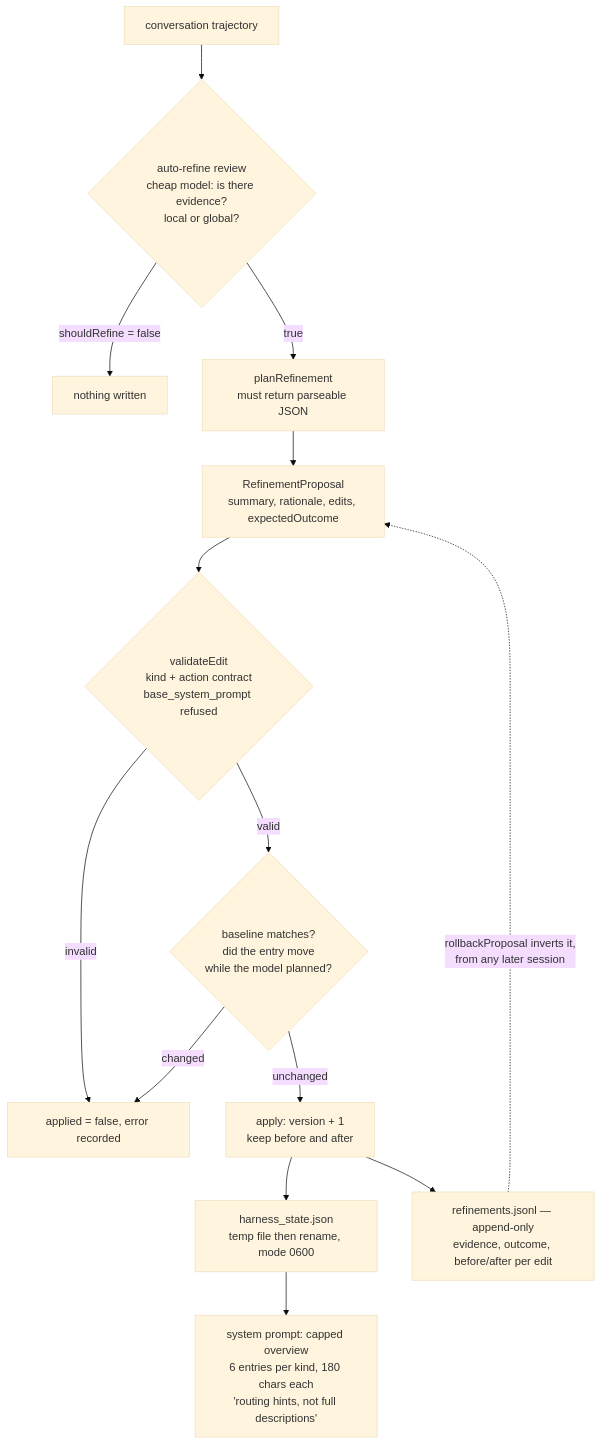
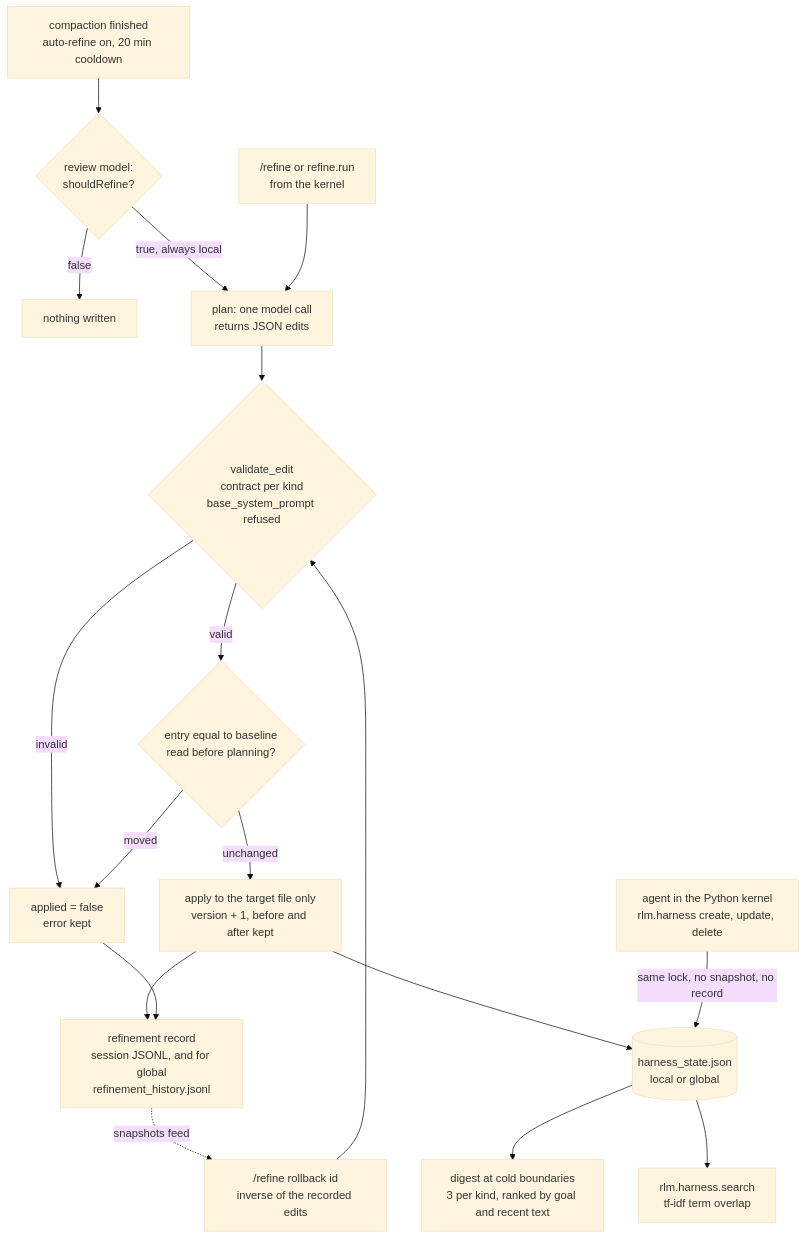
Before and after one commit to neoneye/agent-memory-atlas: the diagram in content/systems/prime-agent.md, drawn with Mermaid (base theme). The commit also changed other lines of this file and 18 other files, not shown here.

First line of the commit message:
Re-read prime-agent at 3bf9659 after the Rust rewrite: three marks kept, negative_eval re-grounded

````diff
--- a/content/systems/prime-agent.md
+++ b/content/systems/prime-agent.md
@@ -98,20 +103,21 @@
 ```mermaid
-%% caption: a proposal is refused when the entry moved while the model was planning, and every applied edit appends before-and-after to a log that a later session can invert
+%% caption: the refinement path refuses, snapshots and records; the kernel path reaches the same file with none of the three
 flowchart TD
-    T["conversation trajectory"] --> RV{"auto-refine review<br/>cheap model: is there evidence?<br/>local or global?"}
-    RV -- "shouldRefine = false" --> STOP["nothing written"]
-    RV -- "true" --> PL["planRefinement<br/>must return parseable JSON"]
-    PL --> PR["RefinementProposal<br/>summary, rationale, edits, expectedOutcome"]
-
-    PR --> V1{"validateEdit<br/>kind + action contract<br/>base_system_prompt refused"}
-    V1 -- "invalid" --> REJ["applied = false, error recorded"]
-    V1 -- "valid" --> V2{"baseline matches?<br/>did the entry move<br/>while the model planned?"}
-    V2 -- "changed" --> REJ
-    V2 -- "unchanged" --> AP["apply: version + 1<br/>keep before and after"]
-
-    AP --> ST["harness_state.json<br/>temp file then rename, mode 0600"]
-    AP --> H["refinements.jsonl — append-only<br/>evidence, outcome, before/after per edit"]
-    H -. "rollbackProposal inverts it,<br/>from any later session" .-> PR
-
-    ST --> INJ["system prompt: capped overview<br/>6 entries per kind, 180 chars each<br/>'routing hints, not full descriptions'"]
+    C["compaction finished<br/>auto-refine on, 20 min cooldown"] --> RV{"review model:<br/>shouldRefine?"}
+    RV -- "false" --> STOP["nothing written"]
+    RV -- "true, always local" --> PL
+    U["/refine or refine.run<br/>from the kernel"] --> PL["plan: one model call<br/>returns JSON edits"]
+    RB["/refine rollback id<br/>inverse of the recorded edits"] --> V
+    PL --> V{"validate_edit<br/>contract per kind<br/>base_system_prompt refused"}
+    V -- "invalid" --> REJ["applied = false<br/>error kept"]
+    V -- "valid" --> B{"entry equal to baseline<br/>read before planning?"}
+    B -- "moved" --> REJ
+    B -- "unchanged" --> AP["apply to the target file only<br/>version + 1, before and after kept"]
+    AP --> ST[("harness_state.json<br/>local or global")]
+    AP --> H["refinement record<br/>session JSONL, and for global<br/>refinement_history.jsonl"]
+    REJ --> H
+    H -. "snapshots feed" .-> RB
+    K["agent in the Python kernel<br/>rlm.harness create, update, delete"] -- "same lock, no snapshot, no record" --> ST
+    ST --> D["digest at cold boundaries<br/>3 per kind, ranked by goal and recent text"]
+    ST --> S["rlm.harness.search<br/>tf-idf term overlap"]
 ```
````
